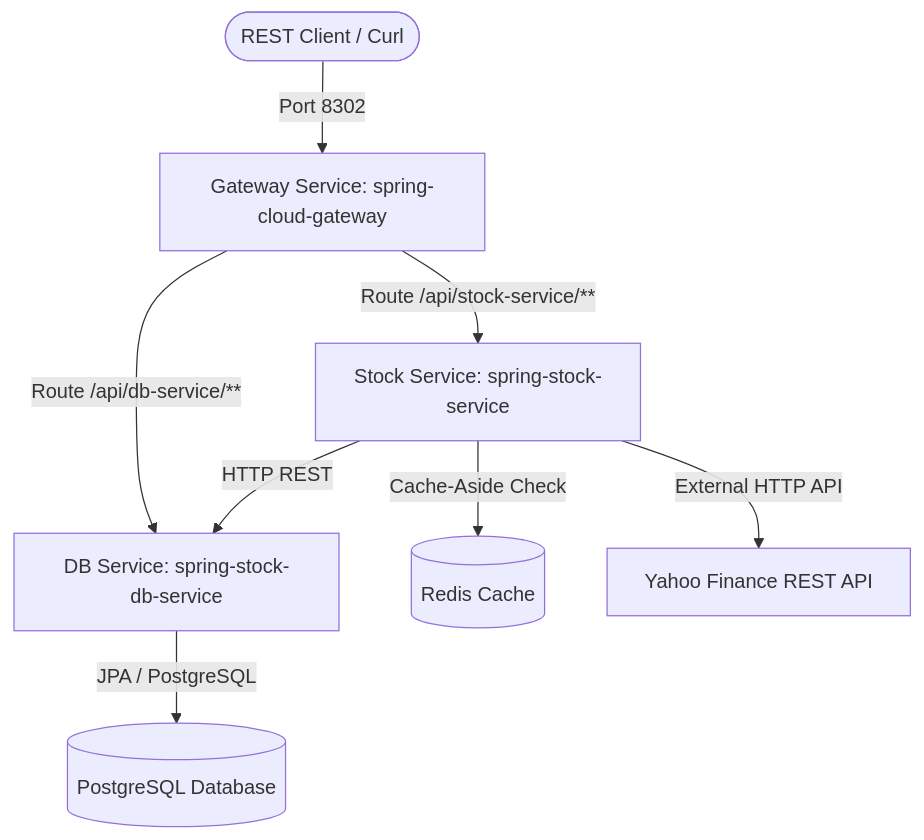
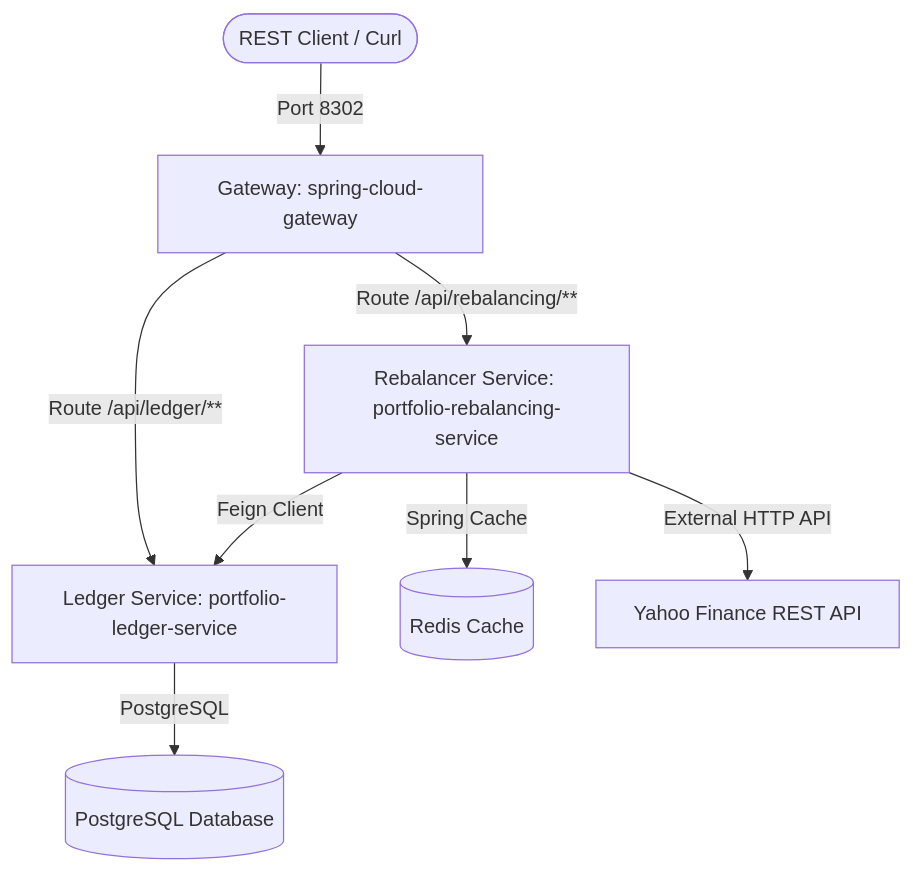
The diagram in README.md (faizalzafri/portfolio-rebalancing-ledger-microservices), drawn with Mermaid before and after one commit. The commit also changed other lines of this file and 145 other files, not shown here.

````diff
--- a/README.md
+++ b/README.md
@@ -12,12 +9,11 @@
 ```mermaid
 graph TD
-    Client([REST Client / Curl]) -->|Port 8302| Gateway[Gateway Service: spring-cloud-gateway]
-    Gateway -->|Route /api/db-service/**| DB_Service[DB Service: spring-stock-db-service]
-    Gateway -->|Route /api/stock-service/**| Stock_Service[Stock Service: spring-stock-service]
+    Client([REST Client / Curl]) -->|Port 8302| Gateway[Gateway: spring-cloud-gateway]
+    Gateway -->|Route /api/ledger/**| Ledger[Ledger Service: portfolio-ledger-service]
+    Gateway -->|Route /api/rebalancing/**| Rebalancer[Rebalancer Service: portfolio-rebalancing-service]
     
-    DB_Service -->|JPA / PostgreSQL| Postgres[(PostgreSQL Database)]
-    
-    Stock_Service -->|HTTP REST| DB_Service
-    Stock_Service -->|Cache-Aside Check| Redis[(Redis Cache)]
-    Stock_Service -->|External HTTP API| YahooAPI[Yahoo Finance REST API]
+    Ledger -->|PostgreSQL| DB[(PostgreSQL Database)]
+    Rebalancer -->|Feign Client| Ledger
+    Rebalancer -->|Spring Cache| Cache[(Redis Cache)]
+    Rebalancer -->|External HTTP API| YahooAPI[Yahoo Finance REST API]
 ```
````
